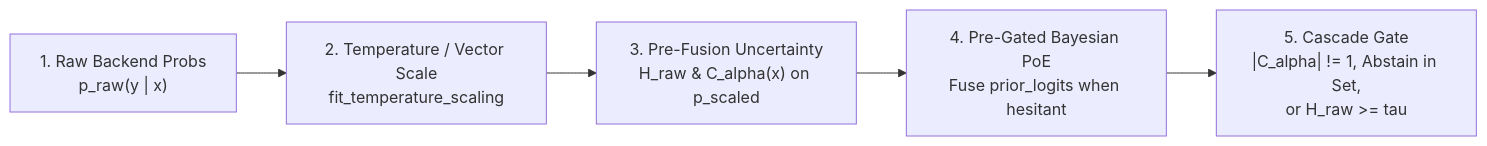
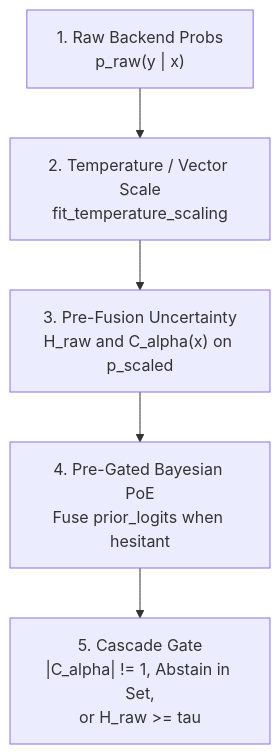
One commit to jigyasujuneja/multimodal-decision-models changed the diagram in docs/calibration-and-conformal.md. Above: the diagram before and after it, drawn with Mermaid. The commit also changed other lines of this file and 17 other files, not shown here.

````diff
--- a/docs/calibration-and-conformal.md
+++ b/docs/calibration-and-conformal.md
@@ -17,7 +17,7 @@
 ```mermaid
-flowchart LR
+flowchart TD
     RAW["1. Raw Backend Probs\np_raw(y | x)"] --> TS["2. Temperature / Vector Scale\nfit_temperature_scaling"]
-    TS --> GATE["3. Pre-Fusion Uncertainty\nH_raw & C_alpha(x) on p_scaled"]
+    TS --> GATE["3. Pre-Fusion Uncertainty\nH_raw and C_alpha(x) on p_scaled"]
     GATE --> POE["4. Pre-Gated Bayesian PoE\nFuse prior_logits when hesitant"]
     POE --> ESC["5. Cascade Gate\n|C_alpha| != 1, Abstain in Set,\nor H_raw >= tau"]
 ```
````
